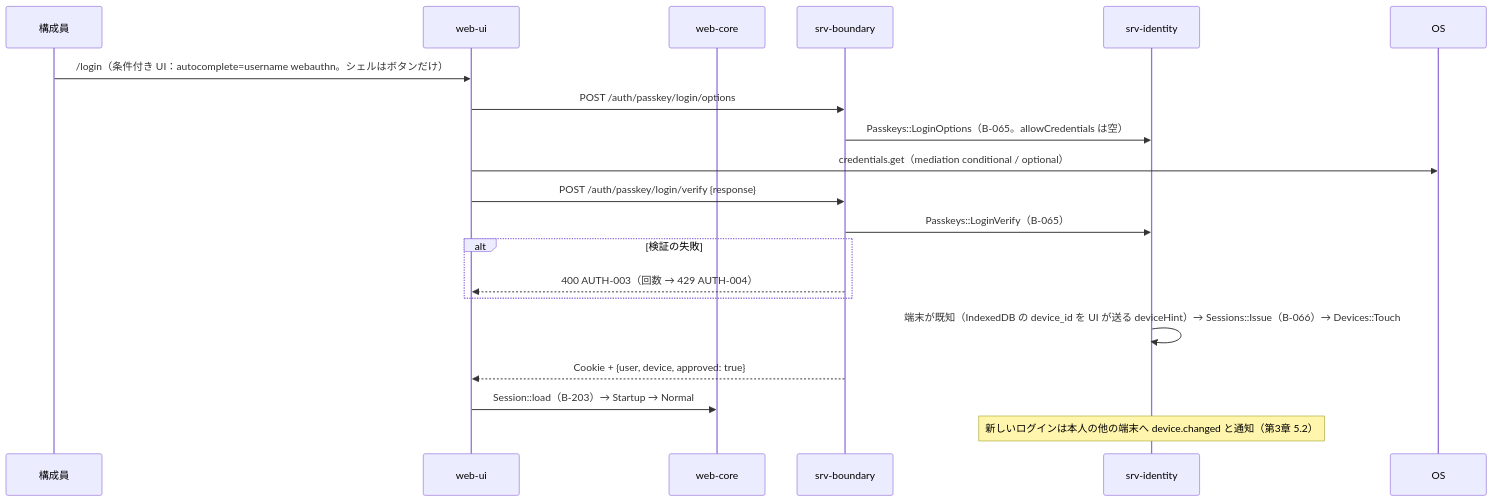
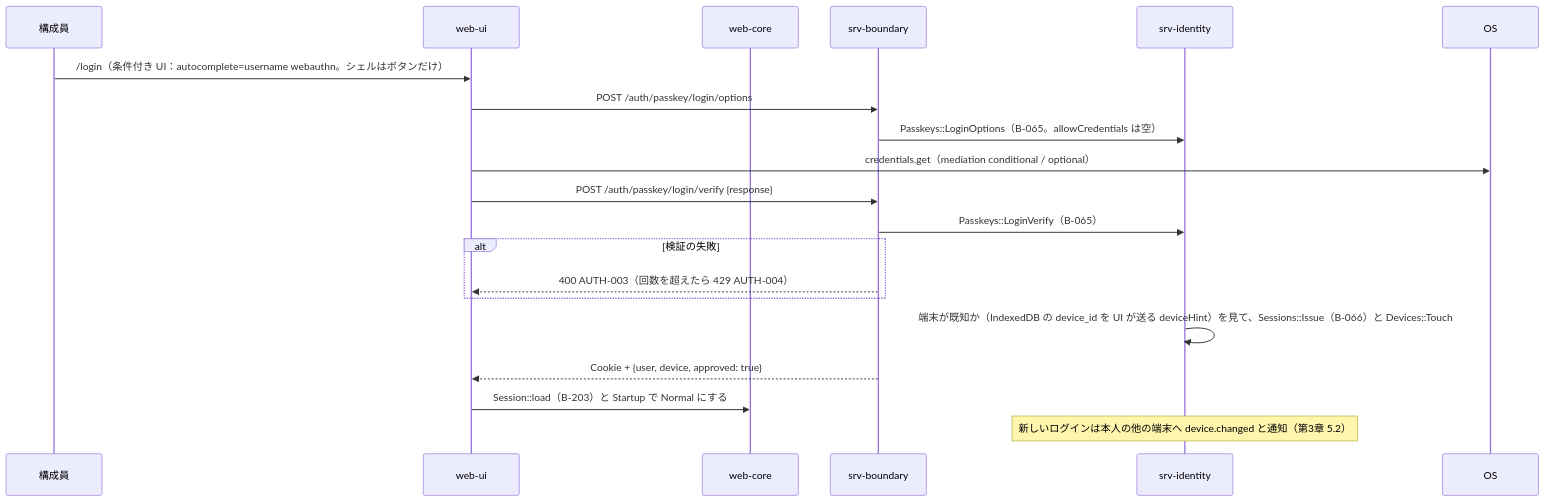
One commit to nrsd-ishikawasou/family-talk-pwa changed the first of 4 diagrams in dev/docs/jp/シーケンス/04_ログインと端末.md. Above: the diagram before and after it, drawn with Mermaid. The commit also changed other lines of this file and 290 other files, not shown here.

````diff
--- a/dev/docs/jp/シーケンス/04_ログインと端末.md
+++ b/dev/docs/jp/シーケンス/04_ログインと端末.md
@@ -10,21 +17,21 @@
 ```mermaid
 sequenceDiagram
   participant U as 構成員
   participant UI as web-ui
   participant WC as web-core
   participant BD as srv-boundary
   participant ID as srv-identity
   U->>UI: /login（条件付き UI：autocomplete=username webauthn。シェルはボタンだけ）
   UI->>BD: POST /auth/passkey/login/options
   BD->>ID: Passkeys::LoginOptions（B-065。allowCredentials は空）
   UI->>OS: credentials.get（mediation conditional / optional）
   UI->>BD: POST /auth/passkey/login/verify {response}
   BD->>ID: Passkeys::LoginVerify（B-065）
   alt 検証の失敗
-    BD-->>UI: 400 AUTH-003（回数 → 429 AUTH-004）
+    BD-->>UI: 400 AUTH-003（回数を超えたら 429 AUTH-004）
   end
-  ID->>ID: 端末が既知（IndexedDB の device_id を UI が送る deviceHint）→ Sessions::Issue（B-066）→ Devices::Touch
+  ID->>ID: 端末が既知か（IndexedDB の device_id を UI が送る deviceHint）を見て、Sessions::Issue（B-066）と Devices::Touch
   BD-->>UI: Cookie + {user, device, approved: true}
-  UI->>WC: Session::load（B-203）→ Startup → Normal
+  UI->>WC: Session::load（B-203）と Startup で Normal にする
   Note over ID: 新しいログインは本人の他の端末へ device.changed と通知（第3章 5.2）
 ```
````
